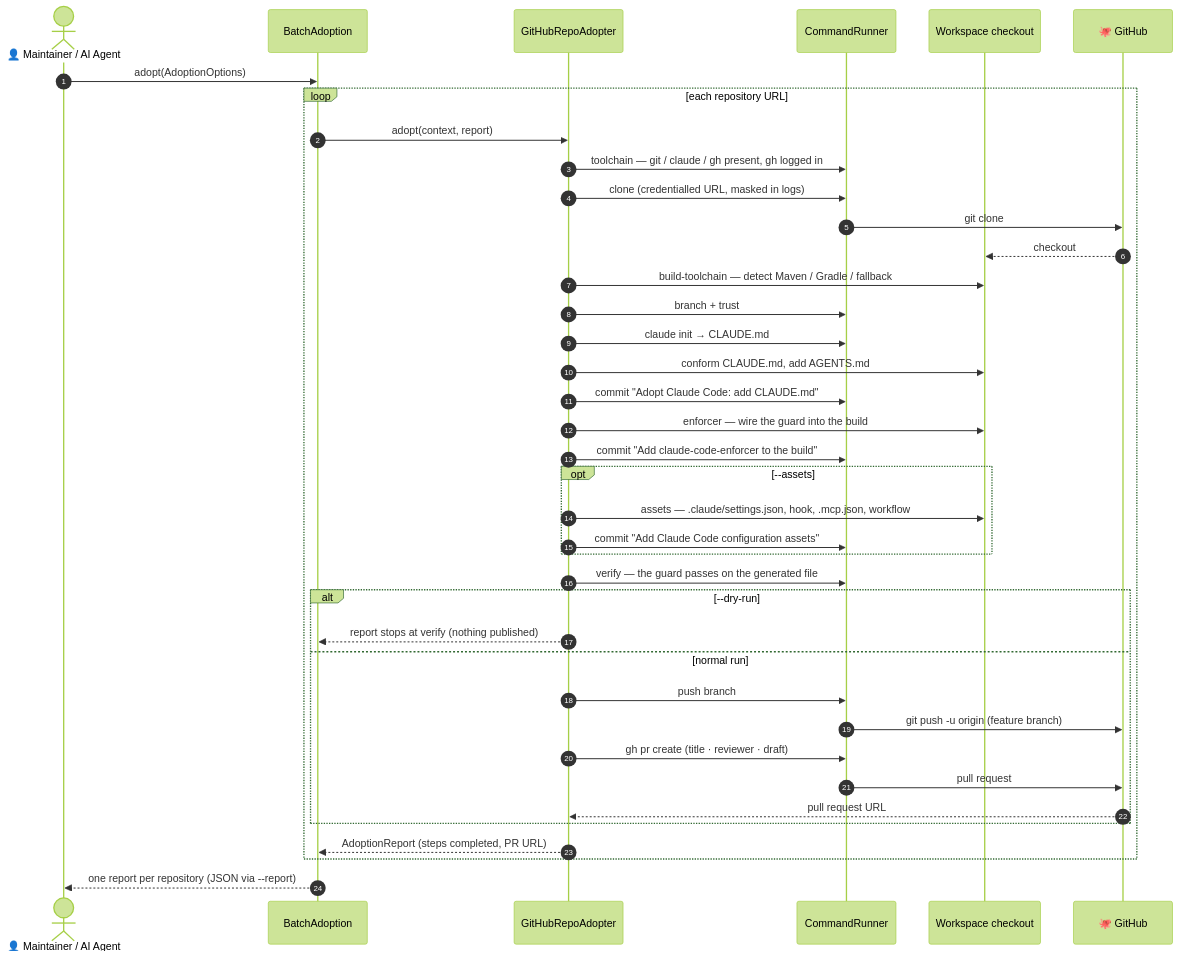
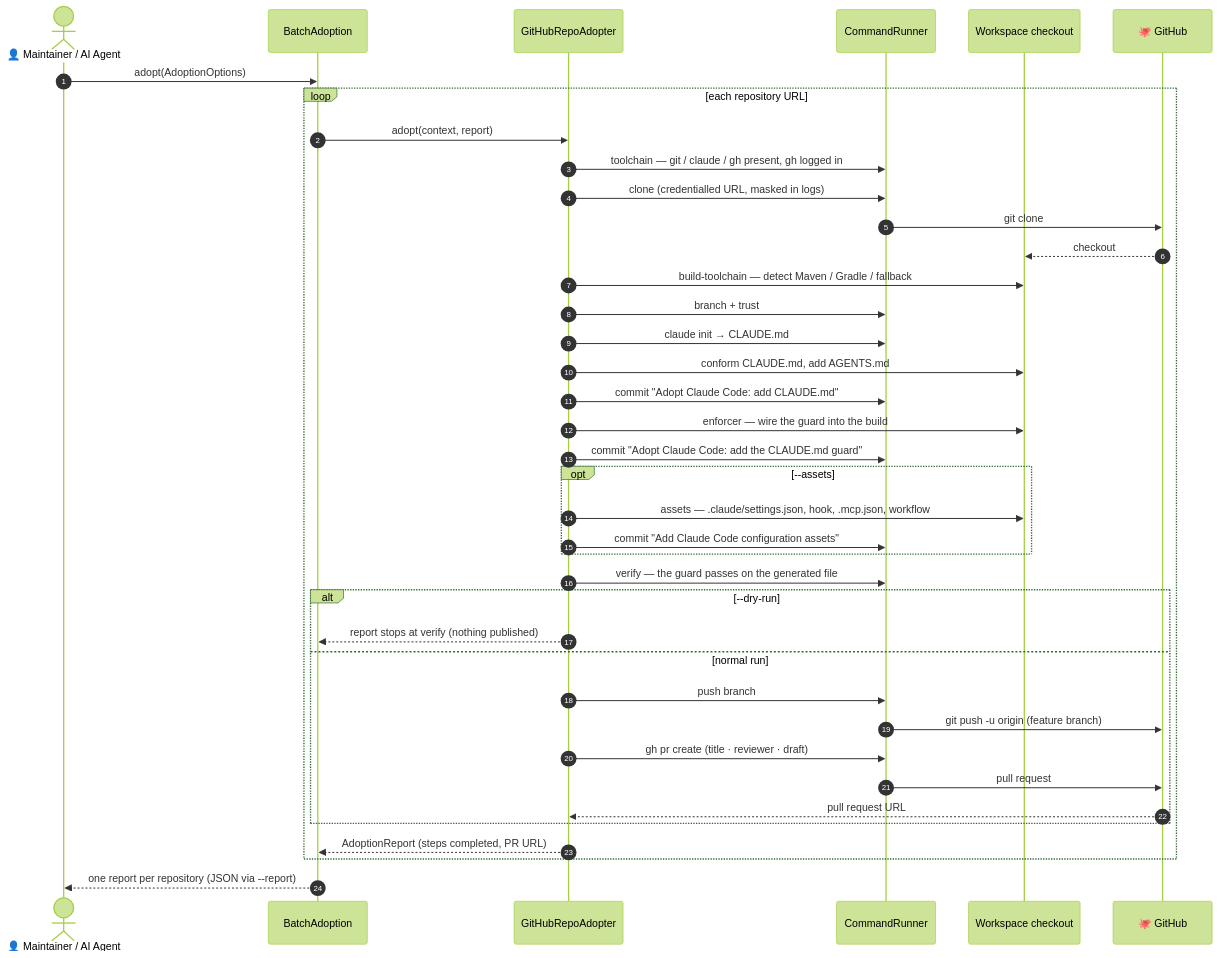
Before and after one commit to adamw7/tools: the eighth of 10 diagrams in docs/c4-architecture.md, drawn with Mermaid (forest theme). The commit also changed 10 other files, not shown here.

````diff
--- a/docs/c4-architecture.md
+++ b/docs/c4-architecture.md
@@ -610,42 +610,42 @@
 ```mermaid
 sequenceDiagram
     autonumber
     actor M as 👤 Maintainer / AI Agent
     participant B as BatchAdoption
     participant A as GitHubRepoAdopter
     participant R as CommandRunner
     participant W as Workspace checkout
     participant G as 🐙 GitHub
 
     M->>B: adopt(AdoptionOptions)
     loop each repository URL
         B->>A: adopt(context, report)
         A->>R: toolchain — git / claude / gh present, gh logged in
         A->>R: clone (credentialled URL, masked in logs)
         R->>G: git clone
         G-->>W: checkout
         A->>W: build-toolchain — detect Maven / Gradle / fallback
         A->>R: branch + trust
         A->>R: claude init → CLAUDE.md
         A->>W: conform CLAUDE.md, add AGENTS.md
         A->>R: commit "Adopt Claude Code: add CLAUDE.md"
         A->>W: enforcer — wire the guard into the build
-        A->>R: commit "Add claude-code-enforcer to the build"
+        A->>R: commit "Adopt Claude Code: add the CLAUDE.md guard"
         opt --assets
             A->>W: assets — .claude/settings.json, hook, .mcp.json, workflow
             A->>R: commit "Add Claude Code configuration assets"
         end
         A->>R: verify — the guard passes on the generated file
         alt --dry-run
             A-->>B: report stops at verify (nothing published)
         else normal run
             A->>R: push branch
             R->>G: git push -u origin (feature branch)
             A->>R: gh pr create (title · reviewer · draft)
             R->>G: pull request
             G-->>A: pull request URL
         end
         A-->>B: AdoptionReport (steps completed, PR URL)
     end
     B-->>M: one report per repository (JSON via --report)
 ```
````
